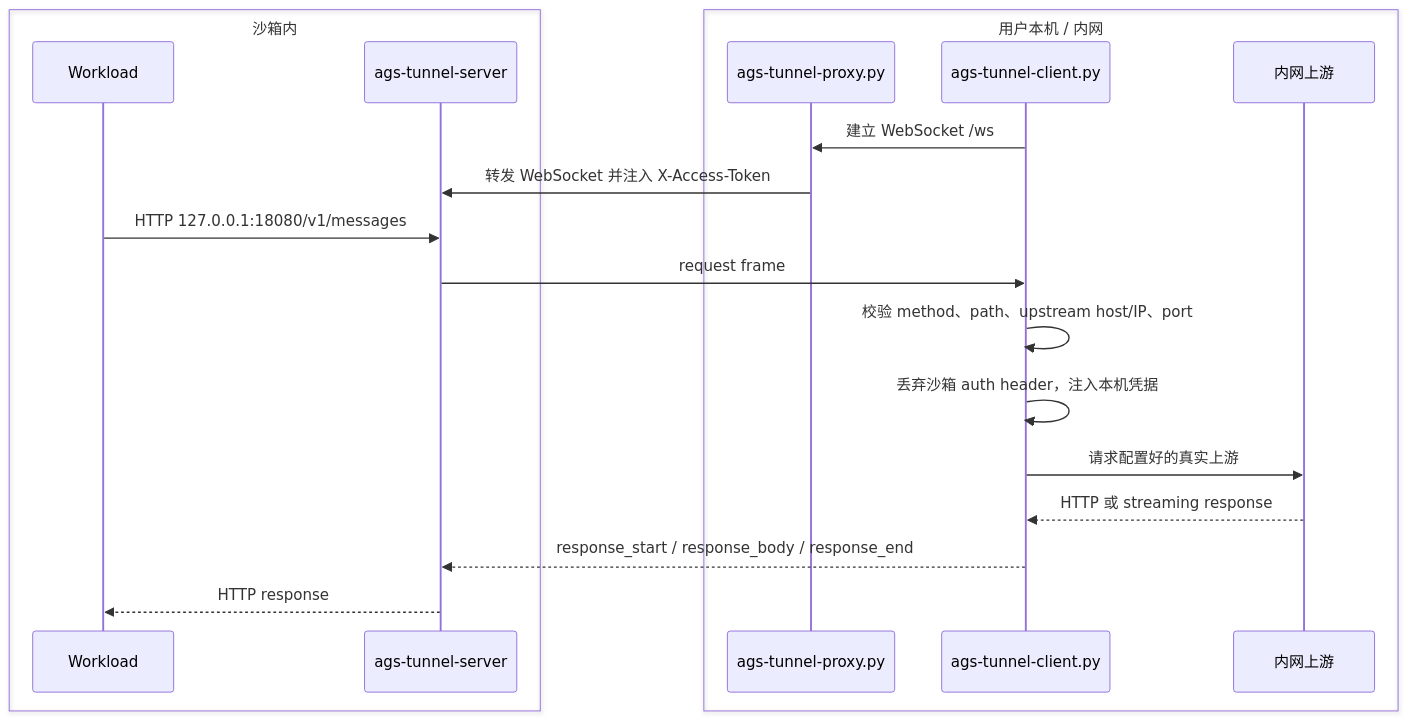
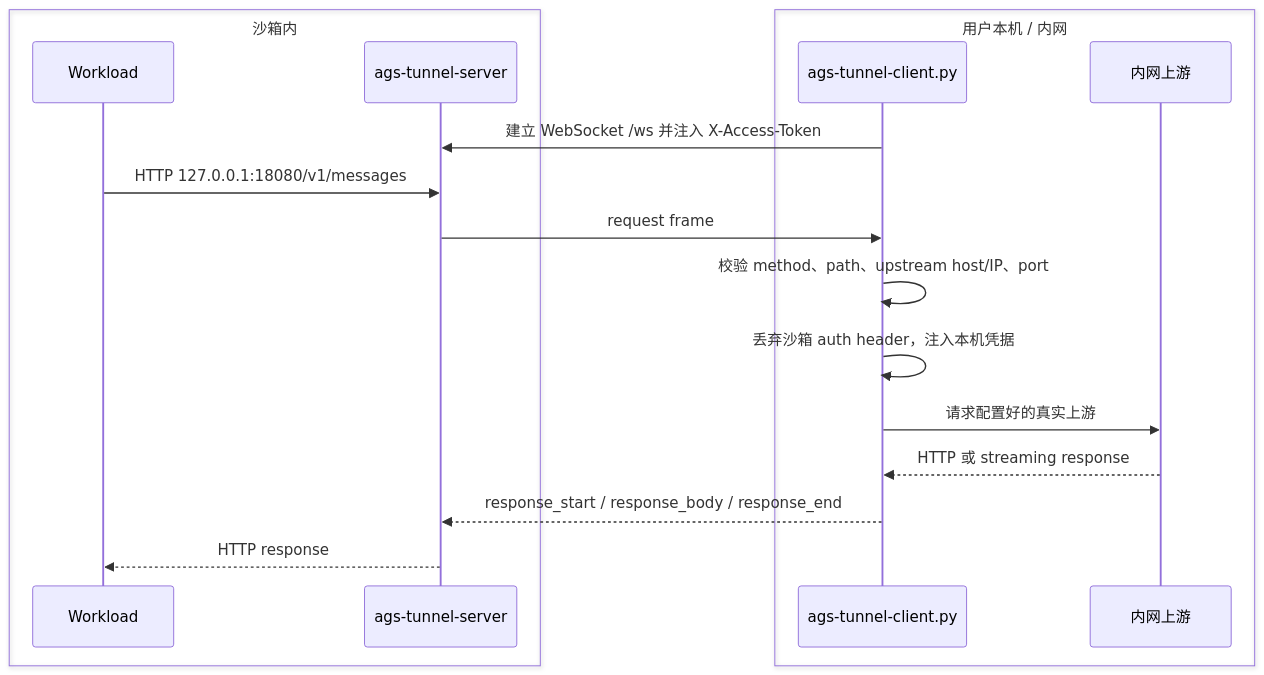
The second of 2 diagrams in examples/local-service-tunnel/README_zh.md (TencentCloudAgentRuntime/ags-cookbook), drawn with Mermaid before and after one commit. The commit also changed other lines of this file and 7 other files, not shown here.

Commit message:
refactor(examples): merge local tunnel proxy into client

````diff
--- a/examples/local-service-tunnel/README_zh.md
+++ b/examples/local-service-tunnel/README_zh.md
@@ -52,23 +50,21 @@
 ```mermaid
 sequenceDiagram
   box 沙箱内
     participant W as Workload
     participant S as ags-tunnel-server
   end
   box 用户本机 / 内网
-    participant P as ags-tunnel-proxy.py
     participant C as ags-tunnel-client.py
     participant U as 内网上游
   end
 
-  C->>P: 建立 WebSocket /ws
-  P->>S: 转发 WebSocket 并注入 X-Access-Token
+  C->>S: 建立 WebSocket /ws 并注入 X-Access-Token
   W->>S: HTTP 127.0.0.1:18080/v1/messages
   S->>C: request frame
   C->>C: 校验 method、path、upstream host/IP、port
   C->>C: 丢弃沙箱 auth header，注入本机凭据
   C->>U: 请求配置好的真实上游
   U-->>C: HTTP 或 streaming response
   C-->>S: response_start / response_body / response_end
   S-->>W: HTTP response
 ```
````
